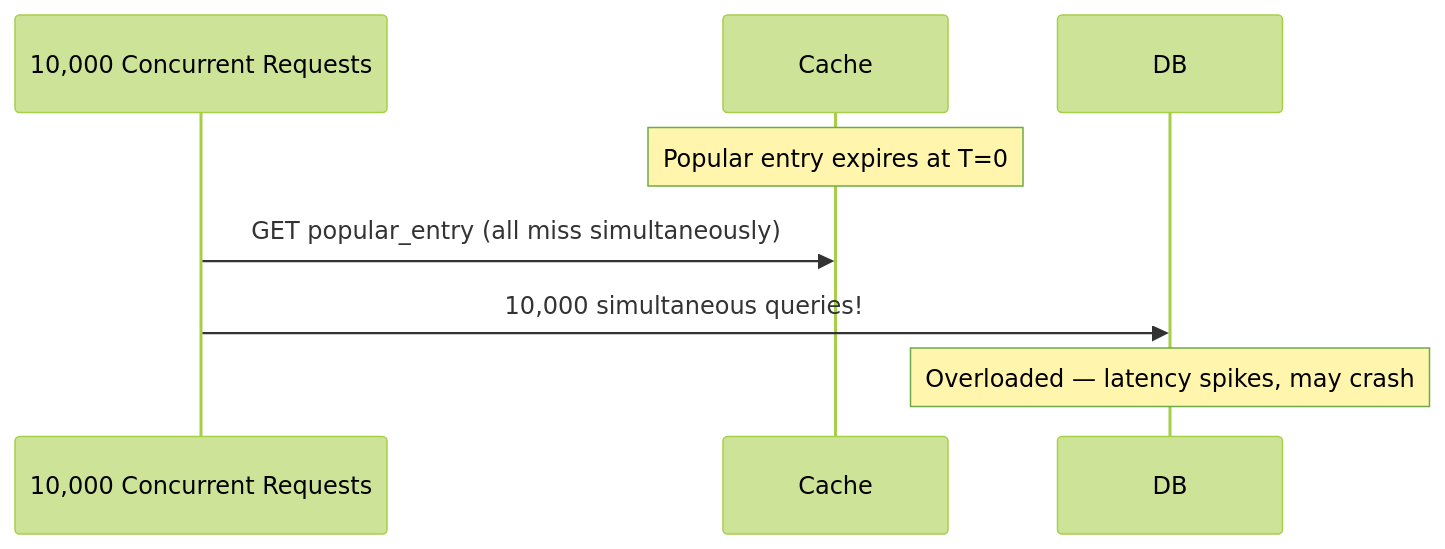
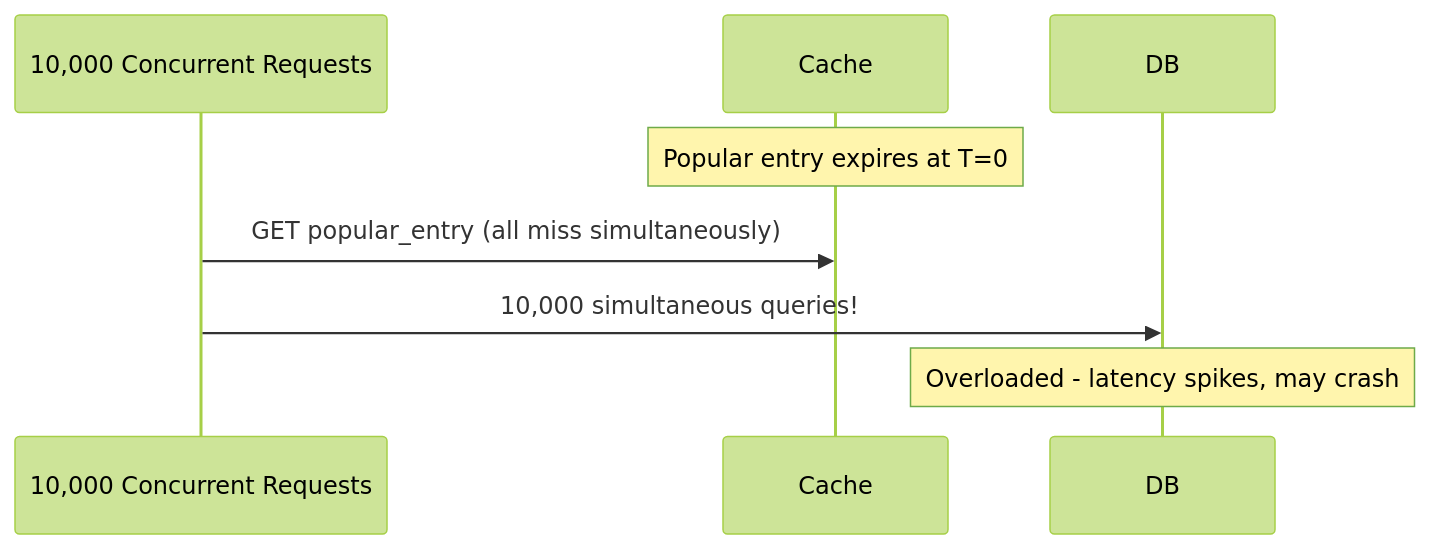
The fifth of 5 diagrams in phase-2-foundations/topic-16-caching-basics.md (b-balakrishna/system-design), drawn with Mermaid (forest theme) before and after one commit. The commit also changed other lines of this file and 165 other files, not shown here.

Commit message:
feat: add comprehensive system design documentation covering foundations, backend, frontend, distributed systems, and AI/ML architectures

````diff
--- a/phase-2-foundations/topic-16-caching-basics.md
+++ b/phase-2-foundations/topic-16-caching-basics.md
@@ -181,11 +181,11 @@
 ```mermaid
 sequenceDiagram
     participant Many as 10,000 Concurrent Requests
     participant Cache
     participant DB
 
     Note over Cache: Popular entry expires at T=0
     Many->>Cache: GET popular_entry (all miss simultaneously)
     Many->>DB: 10,000 simultaneous queries!
-    Note over DB: Overloaded — latency spikes, may crash
+    Note over DB: Overloaded  -  latency spikes, may crash
 ```
````
